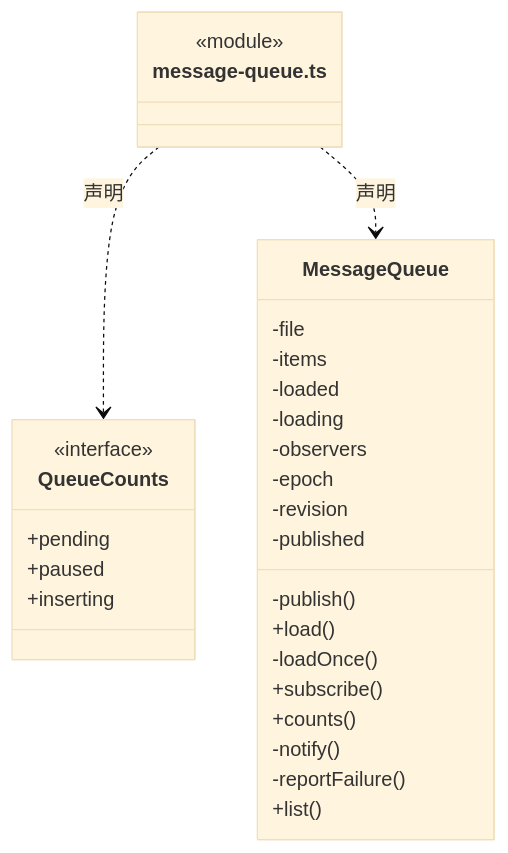
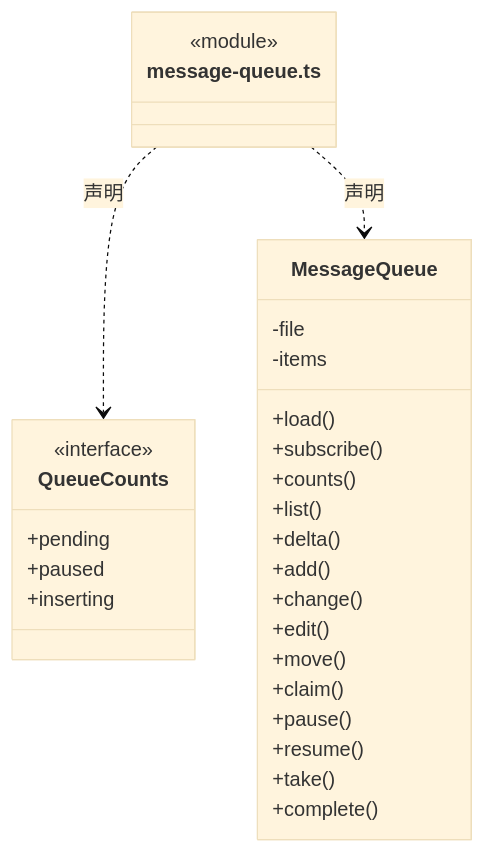
The third of 5 diagrams in src/backend/scheduler-engine/conversation/ARCHITECTURE.md (nan023062/cbim), drawn with Mermaid (base theme) before and after one commit. The commit also changed other lines of this file and 240 other files, not shown here.

````diff
--- a/src/backend/scheduler-engine/conversation/ARCHITECTURE.md
+++ b/src/backend/scheduler-engine/conversation/ARCHITECTURE.md
@@ -51,32 +53,32 @@
 ```mermaid
 classDiagram
 class N_src_backend_scheduler_engine_conversation_message_queue_ts["message-queue.ts"] {
   <<module>>
 }
 class N_src_backend_scheduler_engine_conversation_message_queue_ts_QueueCounts["QueueCounts"] {
   <<interface>>
   +pending
   +paused
   +inserting
 }
 N_src_backend_scheduler_engine_conversation_message_queue_ts ..> N_src_backend_scheduler_engine_conversation_message_queue_ts_QueueCounts : 声明
 class N_src_backend_scheduler_engine_conversation_message_queue_ts_MessageQueue["MessageQueue"] {
+  +load()
+  +subscribe()
+  +counts()
+  +list()
+  +delta()
+  +add()
+  +change()
+  +edit()
+  +move()
+  +claim()
+  +pause()
+  +resume()
+  +take()
+  +complete()
   -file
   -items
-  -loaded
-  -loading
-  -observers
-  -epoch
-  -revision
-  -published
-  -publish()
-  +load()
-  -loadOnce()
-  +subscribe()
-  +counts()
-  -notify()
-  -reportFailure()
-  +list()
 }
 N_src_backend_scheduler_engine_conversation_message_queue_ts ..> N_src_backend_scheduler_engine_conversation_message_queue_ts_MessageQueue : 声明
 ```
````
